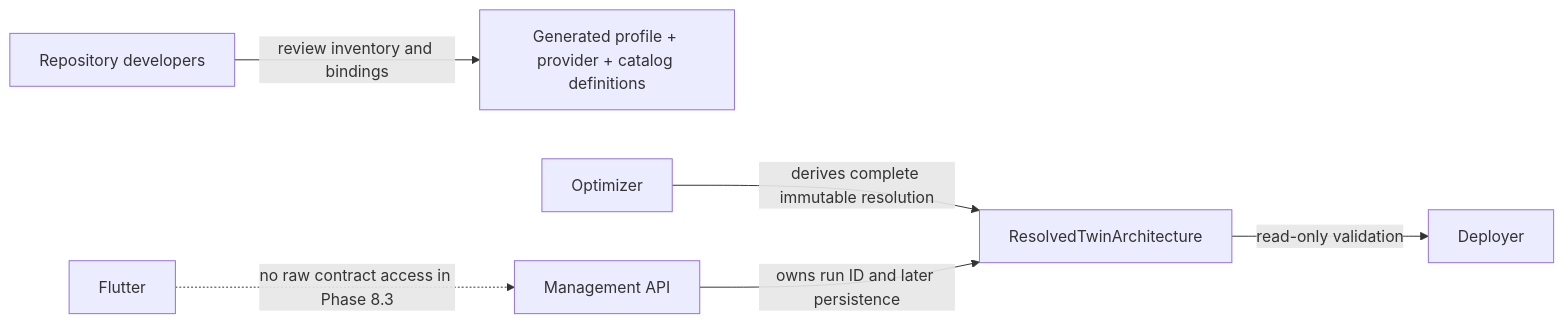
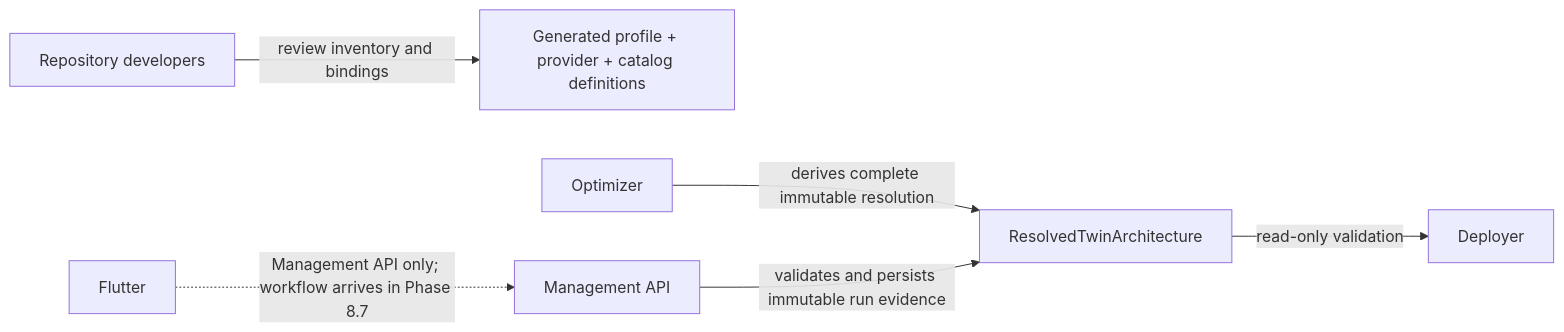
One commit to TVJunkie724/master-thesis changed the diagram in docs-site/docs/contracts-and-data-flow/architecture-profiles.md. Above: the diagram before and after it, drawn with Mermaid. The commit also changed other lines of this file and 54 other files, not shown here.

First line of the commit message:
feat(management): persist resolved twin architectures

````diff
--- a/docs-site/docs/contracts-and-data-flow/architecture-profiles.md
+++ b/docs-site/docs/contracts-and-data-flow/architecture-profiles.md
@@ -25,8 +26,8 @@
 ```mermaid
 flowchart LR
     Developers["Repository developers"] -->|"review inventory and bindings"| Contracts["Generated profile + provider + catalog definitions"]
     Optimizer["Optimizer"] -->|"derives complete immutable resolution"| Resolution["ResolvedTwinArchitecture"]
-    Management["Management API"] -->|"owns run ID and later persistence"| Resolution
+    Management["Management API"] -->|"validates and persists immutable run evidence"| Resolution
     Resolution -->|"read-only validation"| Deployer["Deployer"]
-    Flutter["Flutter"] -.->|"no raw contract access in Phase 8.3"| Management
+    Flutter["Flutter"] -.->|"Management API only; workflow arrives in Phase 8.7"| Management
 ```
````
